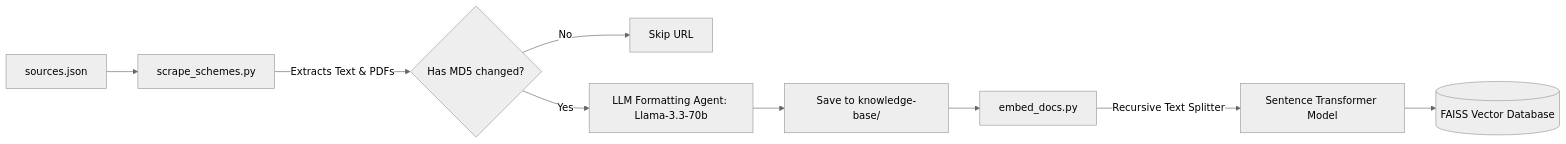
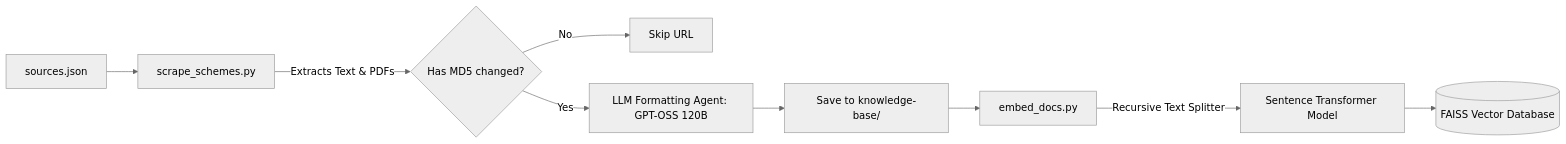
The diagram in docs/data_agents.md (deeptiprasadd/disability-schemes-chatbot), drawn with Mermaid (neutral theme) before and after one commit. The commit also changed other lines of this file and 78 other files, not shown here.

````diff
--- a/docs/data_agents.md
+++ b/docs/data_agents.md
@@ -15,11 +15,11 @@
 ```mermaid
 flowchart LR
     Sources[sources.json] --> ScrapeAgent[scrape_schemes.py]
     ScrapeAgent -->|Extracts Text & PDFs| HashCheck{Has MD5 changed?}
     HashCheck -->|No| Skip[Skip URL]
-    HashCheck -->|Yes| LLM[LLM Formatting Agent: Llama-3.3-70b]
+    HashCheck -->|Yes| LLM[LLM Formatting Agent: GPT-OSS 120B]
     LLM --> Write[Save to knowledge-base/]
     Write --> IndexAgent[embed_docs.py]
     IndexAgent -->|Recursive Text Splitter| Embed[Sentence Transformer Model]
     Embed --> DB[(FAISS Vector Database)]
 ```
````
